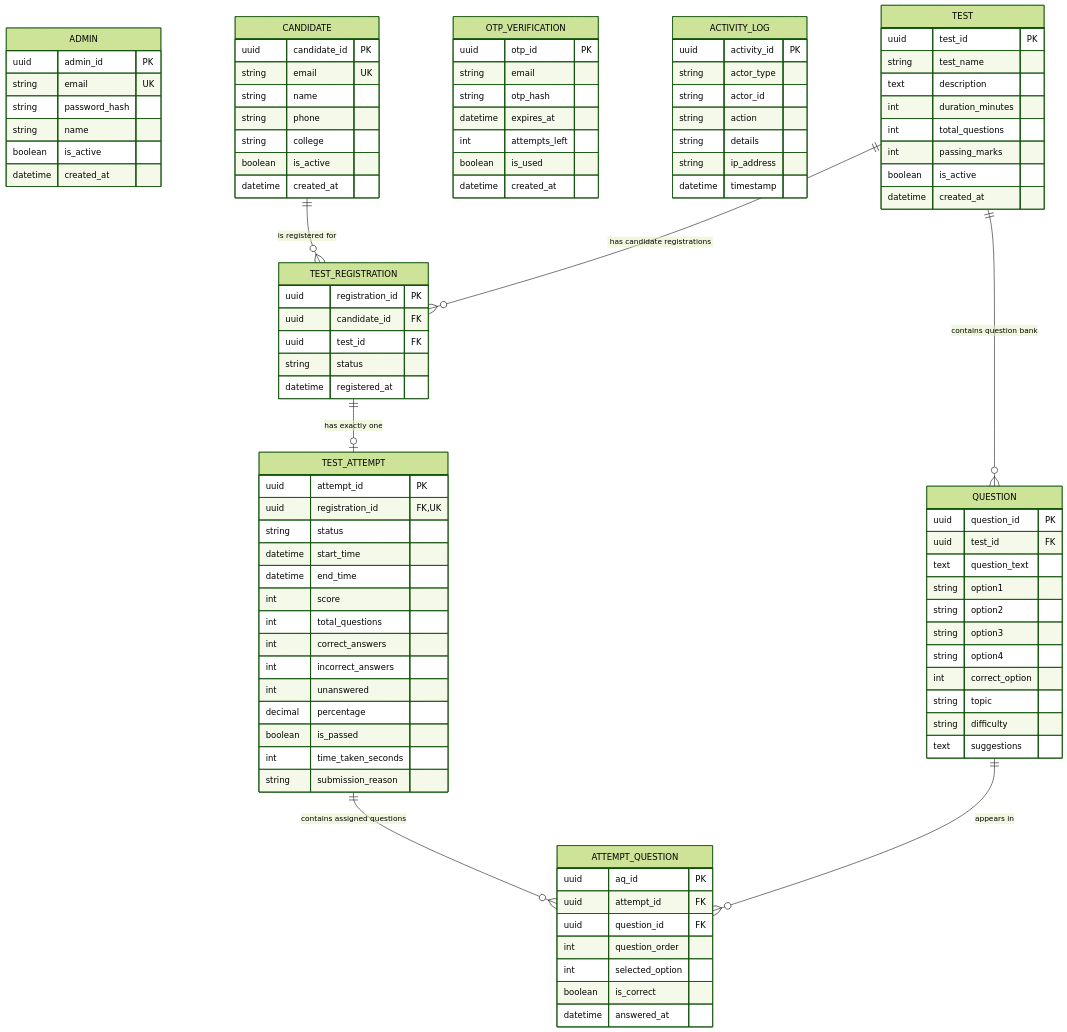
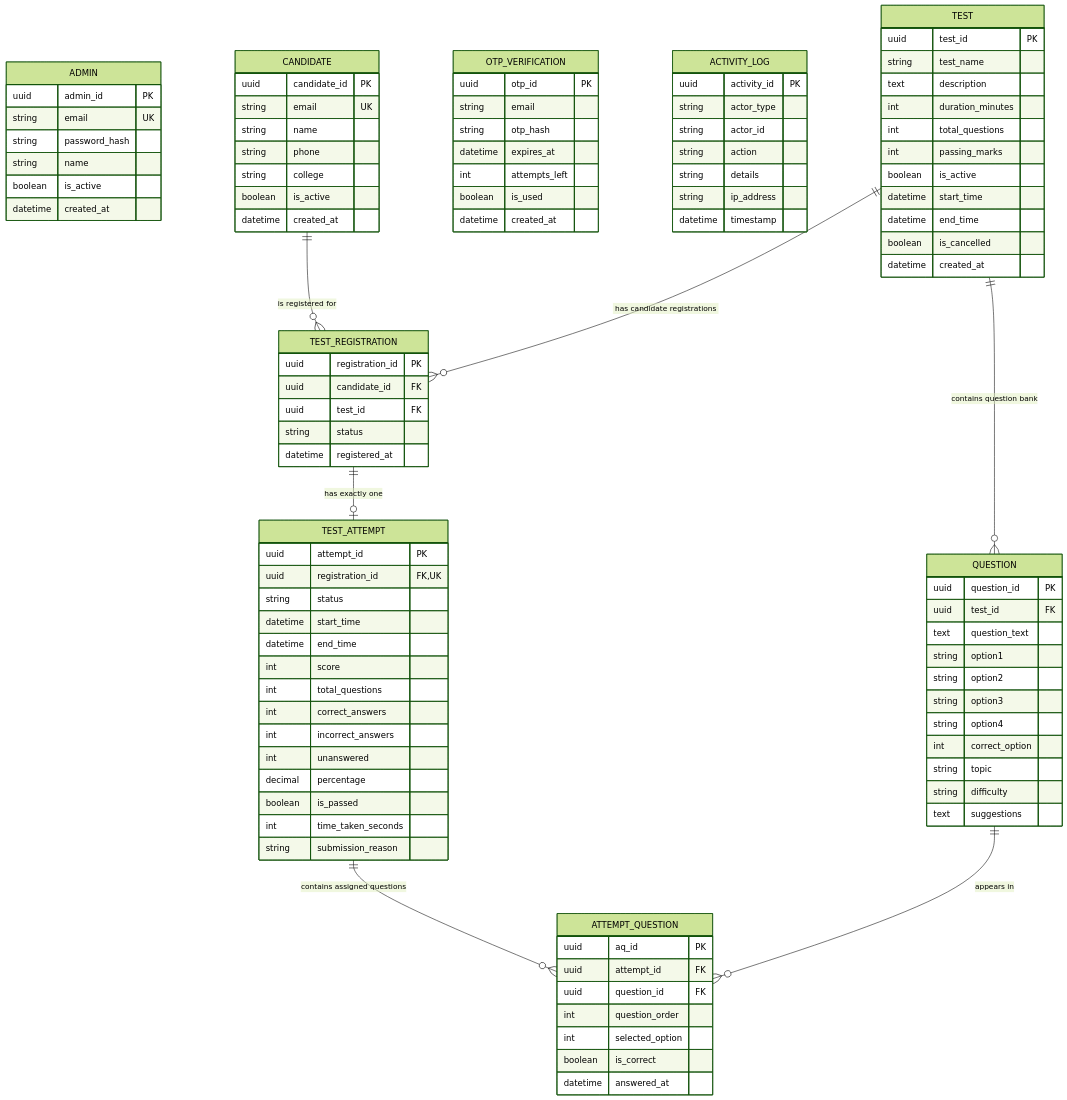
Before and after one commit to Ayush7kr/hire-scan: the second of 4 diagrams in docs/ARCHITECTURE.md, drawn with Mermaid (forest theme). The commit also changed other lines of this file and 34 other files, not shown here.

```diff
--- a/docs/ARCHITECTURE.md
+++ b/docs/ARCHITECTURE.md
@@ -151,6 +151,9 @@
         int total_questions
         int passing_marks
         boolean is_active
+        datetime start_time
+        datetime end_time
+        boolean is_cancelled
         datetime created_at
     }
 
```
